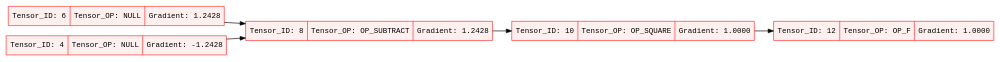
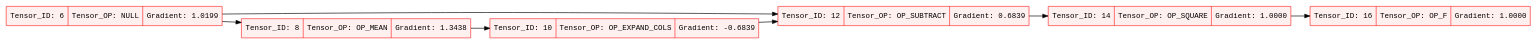
Before and after one commit to umairgillani93/miniTorch: the diagram in graph_2.dot, drawn with Graphviz. The commit also changed 11 other files, not shown here.

Commit message:
fixed mean_backward methods, graph along with gradients working fine for half of layernorm methods

```diff
--- a/graph_2.dot
+++ b/graph_2.dot
@@ -1,13 +1,16 @@
 digraph TensorGraph {
   rankdir=LR;
   node [shape=record, style=filled, fillcolor=white, fontname="Courier"];
-  n12 [label="{Tensor_ID: 12 | Tensor_OP: OP_F | Gradient: 1.0000}", color="red", fillcolor="#fff0f0"];
+  n16 [label="{Tensor_ID: 16 | Tensor_OP: OP_F | Gradient: 1.0000}", color="red", fillcolor="#fff0f0"];
+  n14 -> n16 [penwidth=1.2];
+  n14 [label="{Tensor_ID: 14 | Tensor_OP: OP_SQUARE | Gradient: 1.0000}", color="red", fillcolor="#fff0f0"];
+  n12 -> n14 [penwidth=1.2];
+  n12 [label="{Tensor_ID: 12 | Tensor_OP: OP_SUBTRACT | Gradient: 0.6839}", color="red", fillcolor="#fff0f0"];
+  n6 -> n12 [penwidth=1.2];
   n10 -> n12 [penwidth=1.2];
-  n10 [label="{Tensor_ID: 10 | Tensor_OP: OP_SQUARE | Gradient: 1.0000}", color="red", fillcolor="#fff0f0"];
+  n10 [label="{Tensor_ID: 10 | Tensor_OP: OP_EXPAND_COLS | Gradient: -0.6839}", color="red", fillcolor="#fff0f0"];
   n8 -> n10 [penwidth=1.2];
-  n8 [label="{Tensor_ID: 8 | Tensor_OP: OP_SUBTRACT | Gradient: 1.2428}", color="red", fillcolor="#fff0f0"];
+  n8 [label="{Tensor_ID: 8 | Tensor_OP: OP_MEAN | Gradient: 1.3438}", color="red", fillcolor="#fff0f0"];
   n6 -> n8 [penwidth=1.2];
-  n4 -> n8 [penwidth=1.2];
-  n4 [label="{Tensor_ID: 4 | Tensor_OP: NULL | Gradient: -1.2428}", color="red", fillcolor="#fff0f0"];
-  n6 [label="{Tensor_ID: 6 | Tensor_OP: NULL | Gradient: 1.2428}", color="red", fillcolor="#fff0f0"];
+  n6 [label="{Tensor_ID: 6 | Tensor_OP: NULL | Gradient: 1.0199}", color="red", fillcolor="#fff0f0"];
 }
```
